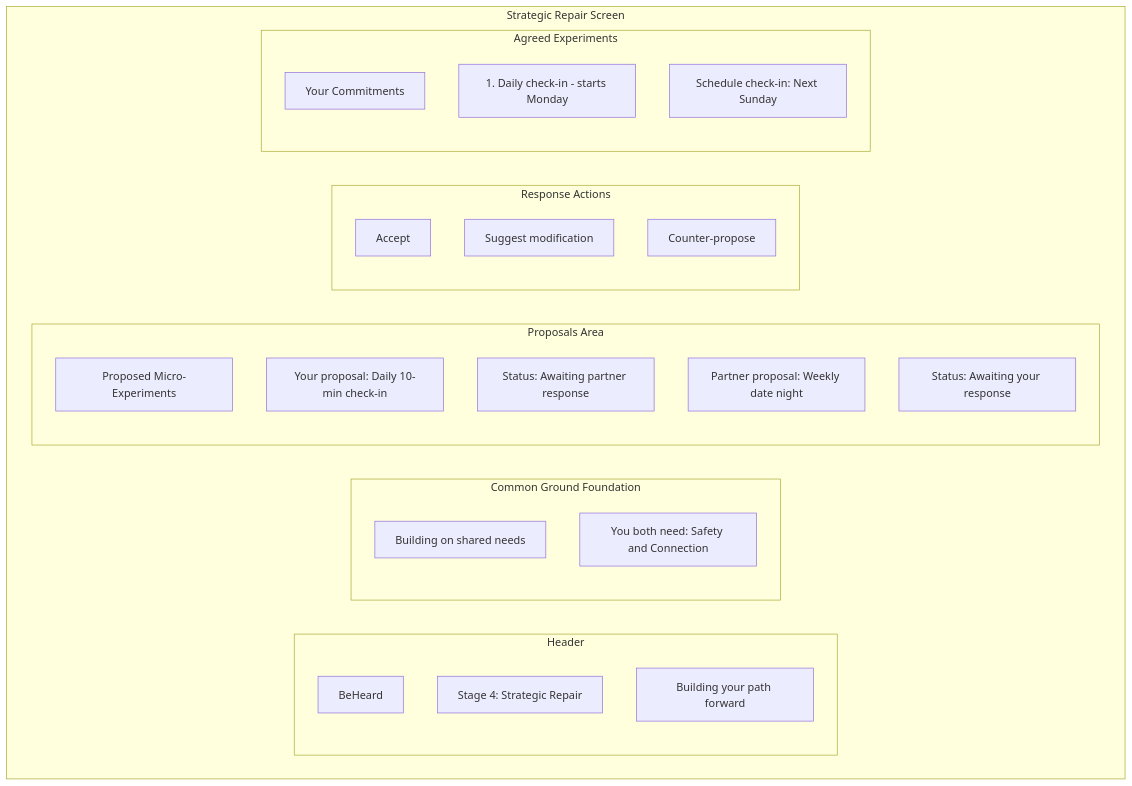
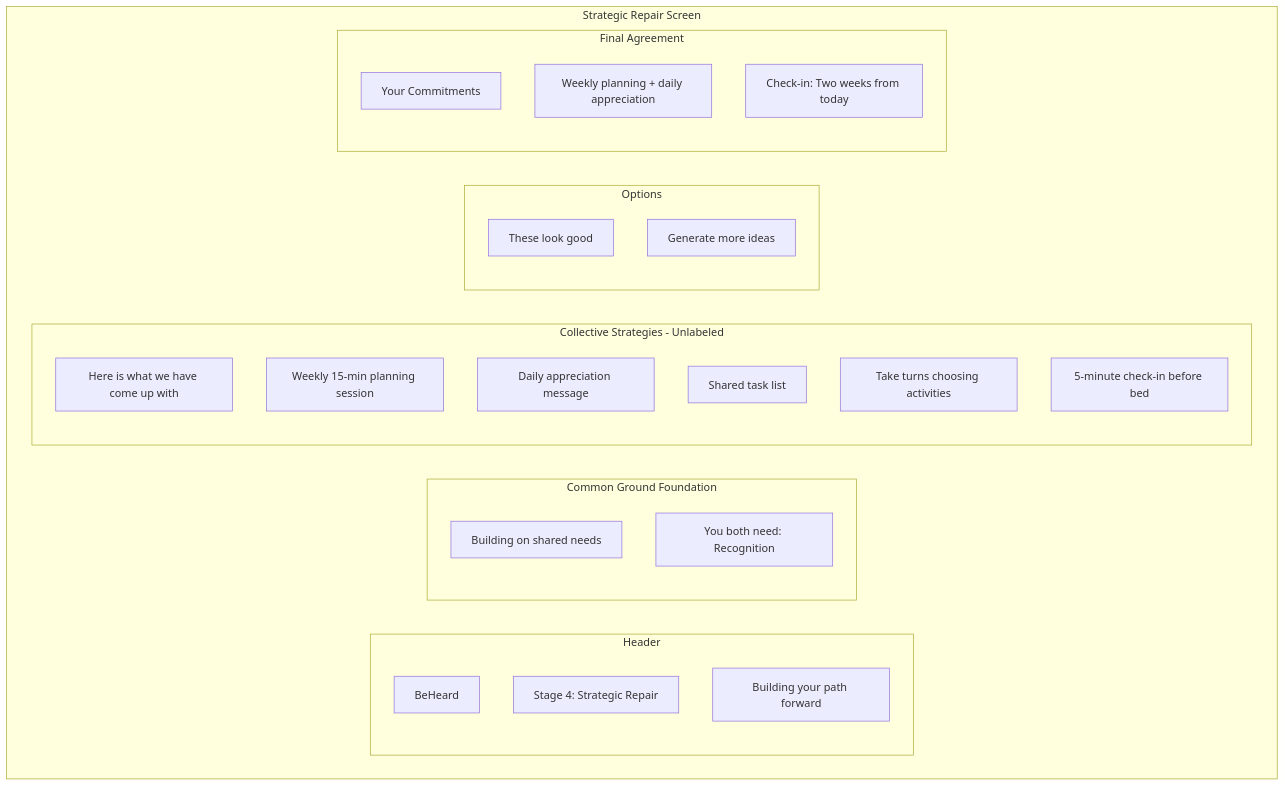
Before and after one commit to shantamg/meet-without-fear: the fourth of 5 diagrams in docs/mvp-planning/plans/stages/stage-4-strategic-repair.md, drawn with Mermaid. The commit also changed other lines of this file and 6 other files, not shown here.

````diff
--- a/docs/mvp-planning/plans/stages/stage-4-strategic-repair.md
+++ b/docs/mvp-planning/plans/stages/stage-4-strategic-repair.md
@@ -116,35 +120,35 @@
 ```mermaid
 flowchart TB
     subgraph Screen[Strategic Repair Screen]
         subgraph Header[Header]
             Logo[BeHeard]
             Stage[Stage 4: Strategic Repair]
             Status[Building your path forward]
         end
 
         subgraph Foundation[Common Ground Foundation]
             Title1[Building on shared needs]
-            SharedNeed[You both need: Safety and Connection]
+            SharedNeed[You both need: Recognition]
         end
 
-        subgraph Proposals[Proposals Area]
-            Title2[Proposed Micro-Experiments]
-            Prop1[Your proposal: Daily 10-min check-in]
-            Status1[Status: Awaiting partner response]
-            Prop2[Partner proposal: Weekly date night]
-            Status2[Status: Awaiting your response]
+        subgraph Strategies[Collective Strategies - Unlabeled]
+            Title2[Here is what we have come up with]
+            Strat1[Weekly 15-min planning session]
+            Strat2[Daily appreciation message]
+            Strat3[Shared task list]
+            Strat4[Take turns choosing activities]
+            Strat5[5-minute check-in before bed]
         end
 
-        subgraph Actions[Response Actions]
-            Accept[Accept]
-            Modify[Suggest modification]
-            Counter[Counter-propose]
+        subgraph Actions[Options]
+            Happy[These look good]
+            More[Generate more ideas]
         end
 
-        subgraph Agreed[Agreed Experiments]
+        subgraph Agreed[Final Agreement]
             Title3[Your Commitments]
-            Exp1[1. Daily check-in - starts Monday]
-            FollowUp[Schedule check-in: Next Sunday]
+            Exp1[Weekly planning + daily appreciation]
+            FollowUp[Check-in: Two weeks from today]
         end
     end
 ```
````
